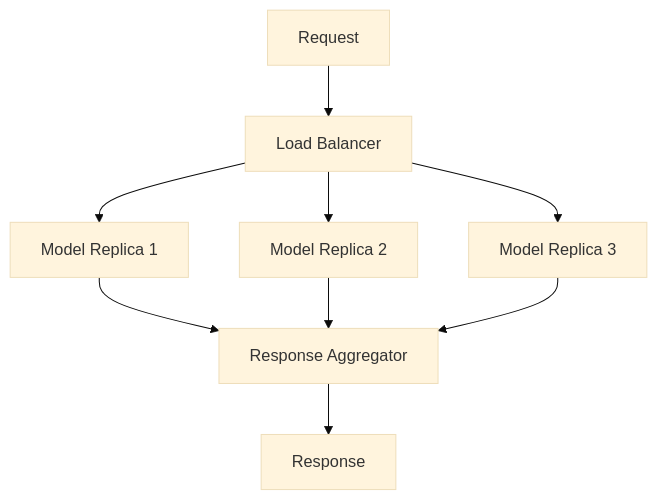
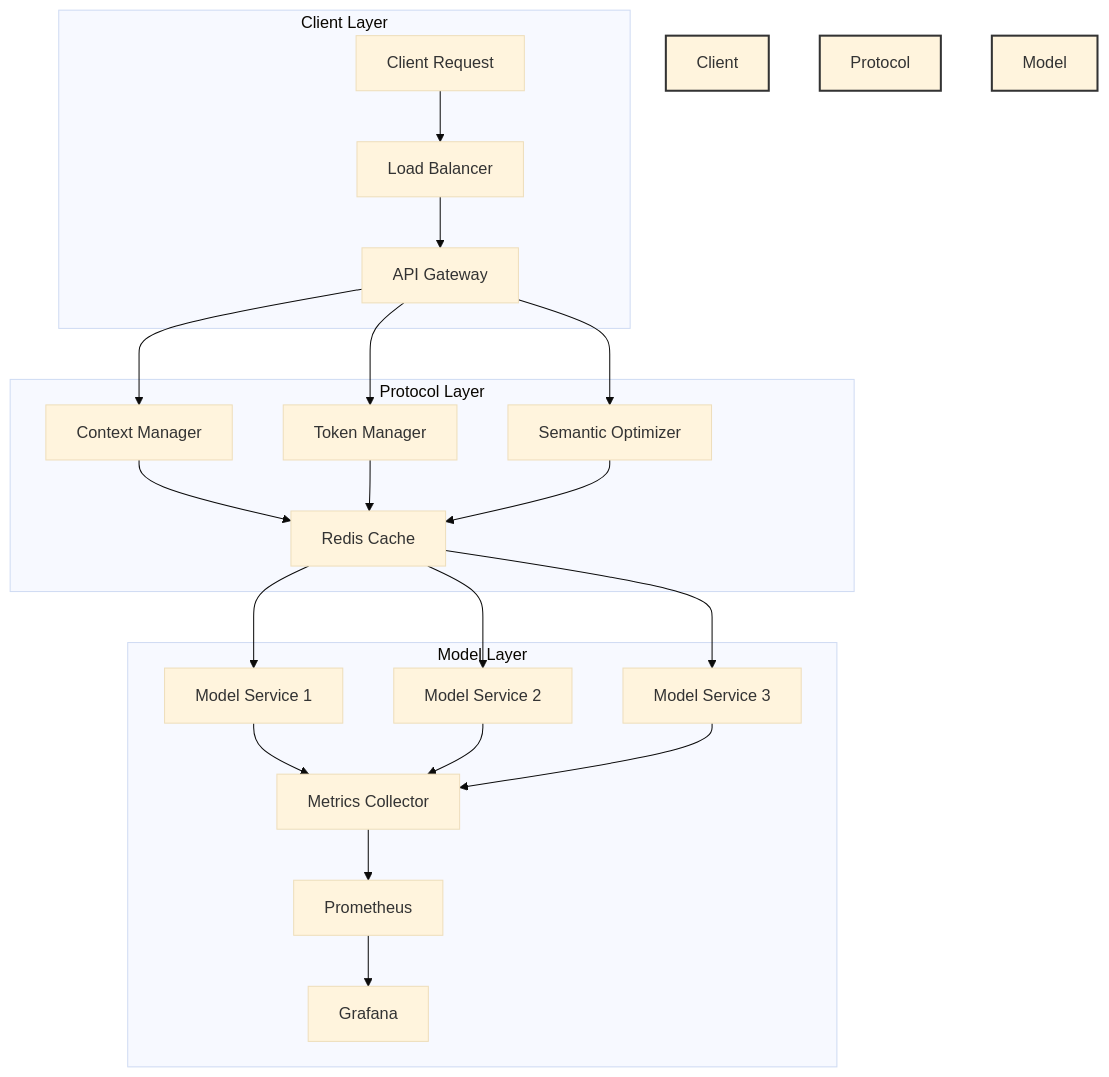
One commit to prodxcloud/fullstack-devops-cloud-ai-complete-handbook changed the first of 4 diagrams in AI/articles/optimizing-llm-performance.md. Above: the diagram before and after it, drawn with Mermaid (base theme). The commit also changed other lines of this file and 2 other files, not shown here.

````diff
--- a/AI/articles/optimizing-llm-performance.md
+++ b/AI/articles/optimizing-llm-performance.md
@@ -181,11 +27,34 @@
 ```mermaid
 graph TD
-    A[Request] --> B[Load Balancer]
-    B --> C[Model Replica 1]
-    B --> D[Model Replica 2]
-    B --> E[Model Replica 3]
-    C --> F[Response Aggregator]
-    D --> F
-    E --> F
-    F --> G[Response]
+    subgraph Client Layer
+        A[Client Request] --> B[Load Balancer]
+        B --> C[API Gateway]
+    end
+
+    subgraph Protocol Layer
+        C --> D[Context Manager]
+        C --> E[Token Manager]
+        C --> F[Semantic Optimizer]
+        
+        D --> G[Redis Cache]
+        E --> G
+        F --> G
+    end
+
+    subgraph Model Layer
+        G --> H[Model Service 1]
+        G --> I[Model Service 2]
+        G --> J[Model Service 3]
+        
+        H --> K[Metrics Collector]
+        I --> K
+        J --> K
+        
+        K --> L[Prometheus]
+        L --> M[Grafana]
+    end
+
+    style Client Layer fill:#f9f,stroke:#333,stroke-width:2px
+    style Protocol Layer fill:#bbf,stroke:#333,stroke-width:2px
+    style Model Layer fill:#bfb,stroke:#333,stroke-width:2px
 ```
````
